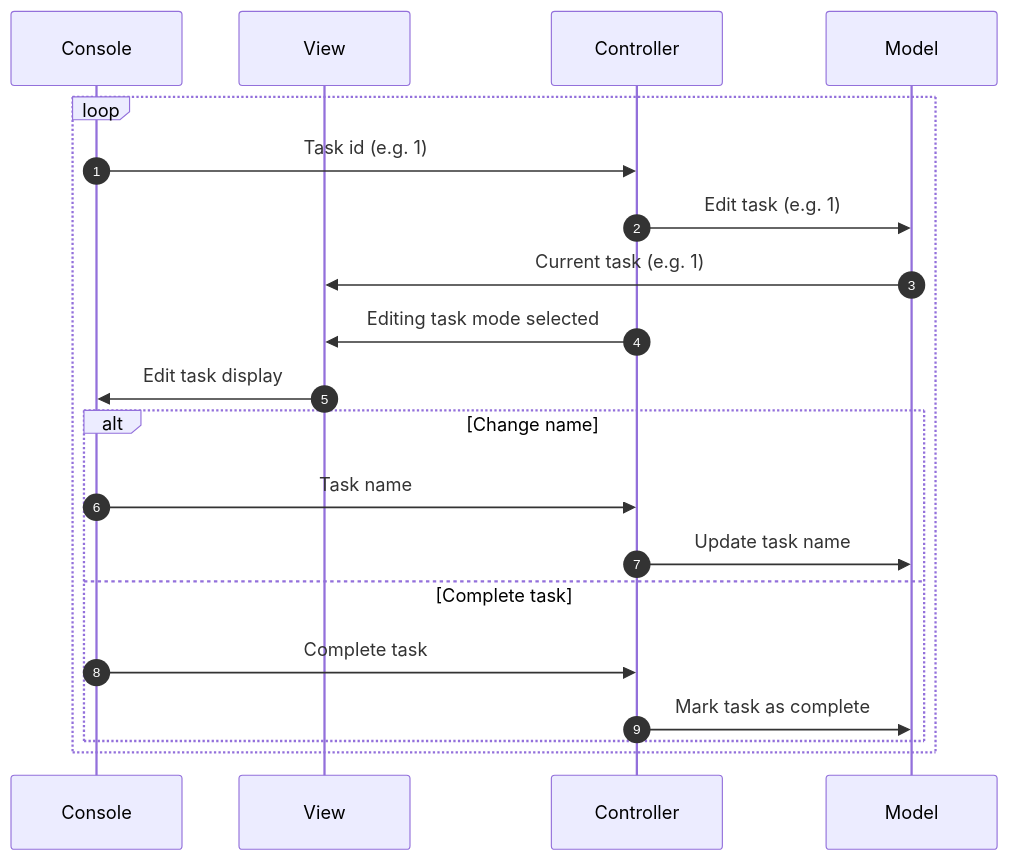
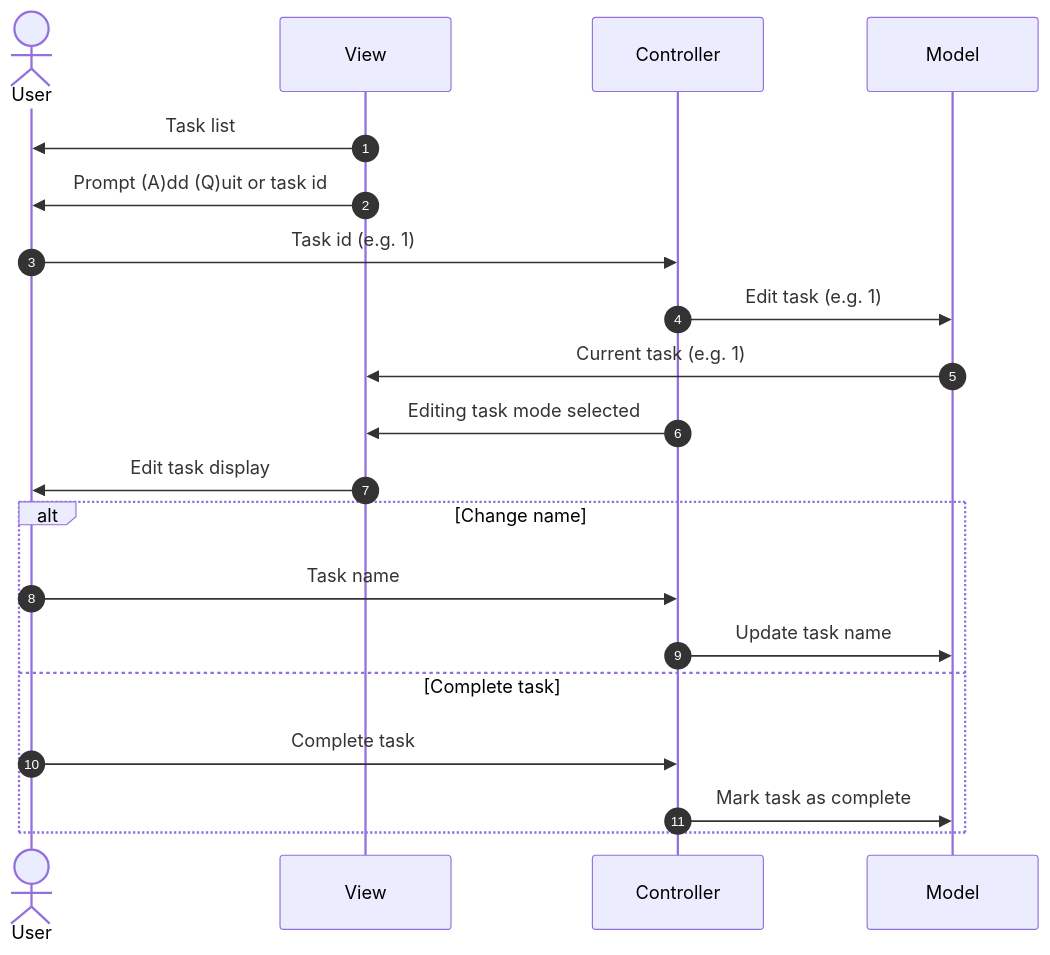
The third of 3 diagrams in task-list/README.md (armakuni/csharp-katas), drawn with Mermaid before and after one commit. The commit also changed other lines of this file, not shown here.

Commit message:
Diagrams were still a bit inscrutable

````diff
--- a/task-list/README.md
+++ b/task-list/README.md
@@ -70,26 +70,25 @@
 ```mermaid
 sequenceDiagram
 	autonumber
-	participant O as Console
+	Actor O as User
 	participant V as View
 	participant C as Controller
 	participant M as Model
-	
-	loop
 
-		
+		V->>O: Task list
+		V->>O: Prompt (A)dd (Q)uit or task id
+
 			O->>C: Task id (e.g. 1)
 			C->>M: Edit task (e.g. 1)
 			M->>V: Current task (e.g. 1)
 			C->>V: Editing task mode selected
 			V->>O: Edit task display
 			alt Change name
 				O->>C: Task name
 				C->>M: Update task name
 			else Complete task
 				O->>C: Complete task
 				C->>M: Mark task as complete
 			end
 		
-	end
 ```
````
